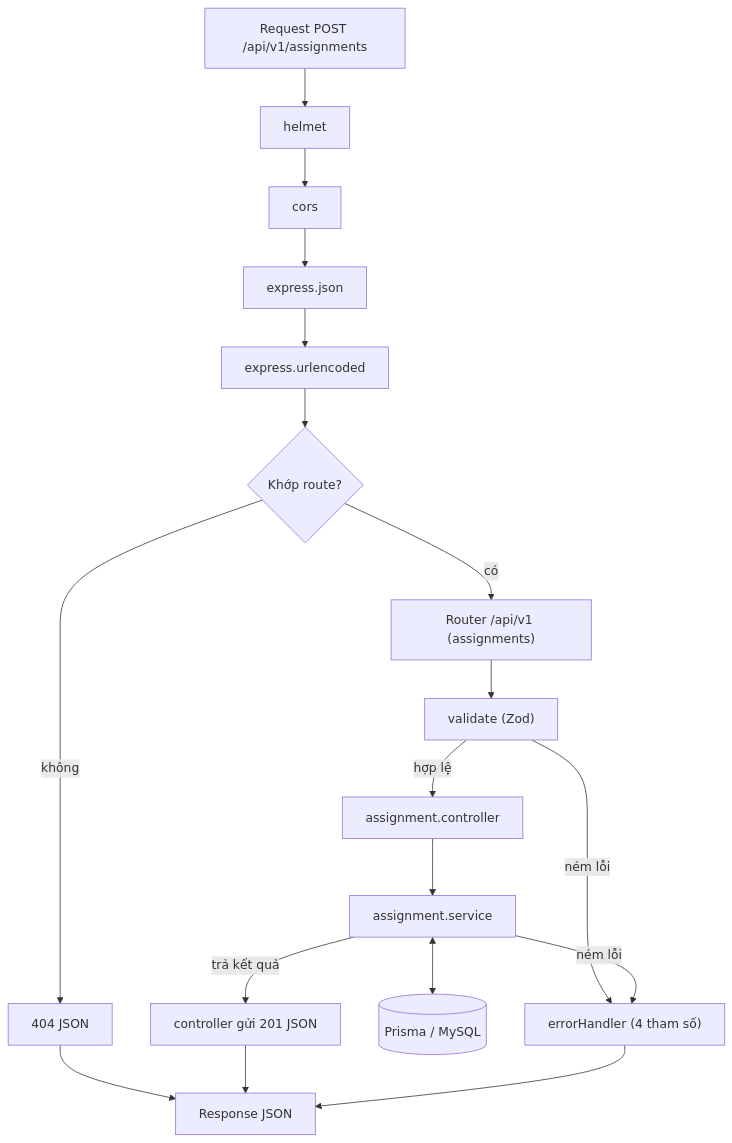
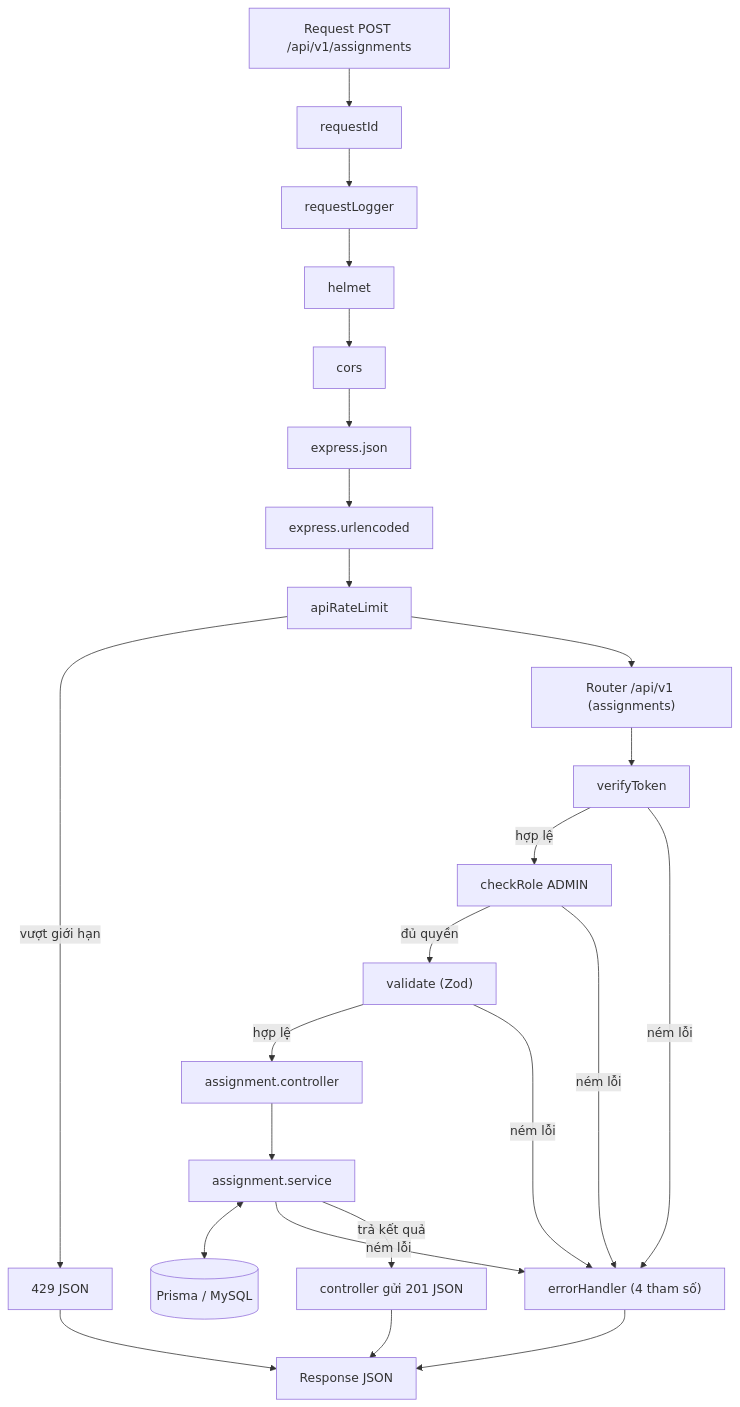
Before and after one commit to phuochung1311/CNLTHD: the diagram in docs/assignment-request-flow.md, drawn with Mermaid. The commit also changed other lines of this file and 1 other file, not shown here.

````diff
--- a/docs/assignment-request-flow.md
+++ b/docs/assignment-request-flow.md
@@ -5,20 +5,26 @@
 ```mermaid
 flowchart TD
-    A["Request POST /api/v1/assignments"] --> B["helmet"]
-    B --> C["cors"]
-    C --> D["express.json"]
-    D --> E["express.urlencoded"]
-    E --> F{"Khớp route?"}
-    F -- "không" --> H["404 JSON"]
-    F -- "có" --> G["Router /api/v1 (assignments)"]
-    G --> V["validate (Zod)"]
+    A["Request POST /api/v1/assignments"] --> B["requestId"]
+    B --> C["requestLogger"]
+    C --> D["helmet"]
+    D --> E["cors"]
+    E --> F["express.json"]
+    F --> G["express.urlencoded"]
+    G --> RL["apiRateLimit"]
+    RL -- "vượt giới hạn" --> R429["429 JSON"]
+    RL --> RT["Router /api/v1 (assignments)"]
+    RT --> T["verifyToken"]
+    T -- "hợp lệ" --> R["checkRole ADMIN"]
+    T -- "ném lỗi" --> ERR
+    R -- "đủ quyền" --> V["validate (Zod)"]
+    R -- "ném lỗi" --> ERR
     V -- "hợp lệ" --> CT["assignment.controller"]
     V -- "ném lỗi" --> ERR
     CT --> S["assignment.service"]
     S <--> DB[("Prisma / MySQL")]
     S -- "ném lỗi" --> ERR["errorHandler (4 tham số)"]
     S -- "trả kết quả" --> OK["controller gửi 201 JSON"]
-    H --> RES["Response JSON"]
+    R429 --> RES["Response JSON"]
     OK --> RES
     ERR --> RES
 ```
````
